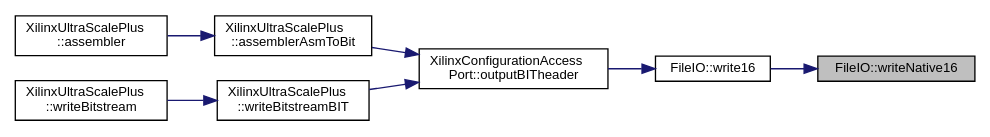
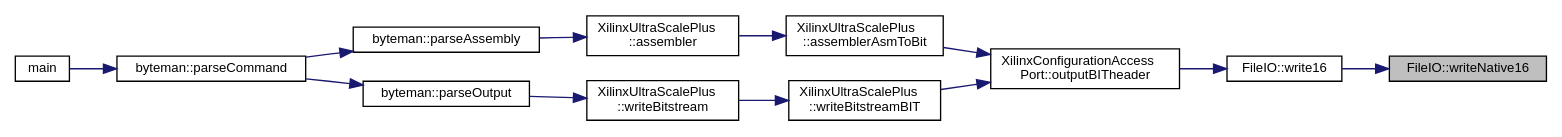
One commit to FPGA-Research-Manchester/byteman changed the diagram in namespaceFileIO_ad8e75b6c4bdcf4df31b0bf5513f0a42b_icgraph.dot. Above: the diagram before and after it, drawn with Graphviz. The commit also changed 713 other files, not shown here.

```diff
--- a/namespaceFileIO_ad8e75b6c4bdcf4df31b0bf5513f0a42b_icgraph.dot
+++ b/namespaceFileIO_ad8e75b6c4bdcf4df31b0bf5513f0a42b_icgraph.dot
@@ -1,21 +1,30 @@
 digraph "FileIO::writeNative16"
 {
  // INTERACTIVE_SVG=YES
  // LATEX_PDF_SIZE
   edge [fontname="Helvetica",fontsize="10",labelfontname="Helvetica",labelfontsize="10"];
   node [fontname="Helvetica",fontsize="10",shape=record];
   rankdir="RL";
   Node1 [label="FileIO::writeNative16",height=0.2,width=0.4,color="black", fillcolor="grey75", style="filled", fontcolor="black",tooltip=" "];
   Node1 -> Node2 [dir="back",color="midnightblue",fontsize="10",style="solid",fontname="Helvetica"];
   Node2 [label="FileIO::write16",height=0.2,width=0.4,color="black", fillcolor="white", style="filled",URL="$namespaceFileIO.html#af1f2fd16a042a61fb659f8b4ffa33055",tooltip=" "];
   Node2 -> Node3 [dir="back",color="midnightblue",fontsize="10",style="solid",fontname="Helvetica"];
   Node3 [label="XilinxConfigurationAccess\lPort::outputBITheader",height=0.2,width=0.4,color="black", fillcolor="white", style="filled",URL="$classXilinxConfigurationAccessPort.html#a80c8f1b9404adad15c0eb26612e0f028",tooltip=" "];
   Node3 -> Node4 [dir="back",color="midnightblue",fontsize="10",style="solid",fontname="Helvetica"];
   Node4 [label="XilinxUltraScalePlus\l::assemblerAsmToBit",height=0.2,width=0.4,color="black", fillcolor="white", style="filled",URL="$classXilinxUltraScalePlus.html#a058802c627c4177c6fd88ca079551207",tooltip=" "];
   Node4 -> Node5 [dir="back",color="midnightblue",fontsize="10",style="solid",fontname="Helvetica"];
   Node5 [label="XilinxUltraScalePlus\l::assembler",height=0.2,width=0.4,color="black", fillcolor="white", style="filled",URL="$classXilinxUltraScalePlus.html#a53e5f6ec962f1f2a961f90b8b9e90e10",tooltip=" "];
-  Node3 -> Node6 [dir="back",color="midnightblue",fontsize="10",style="solid",fontname="Helvetica"];
-  Node6 [label="XilinxUltraScalePlus\l::writeBitstreamBIT",height=0.2,width=0.4,color="black", fillcolor="white", style="filled",URL="$classXilinxUltraScalePlus.html#aafc764306446548f9127f3e30759af49",tooltip=" "];
+  Node5 -> Node6 [dir="back",color="midnightblue",fontsize="10",style="solid",fontname="Helvetica"];
+  Node6 [label="byteman::parseAssembly",height=0.2,width=0.4,color="black", fillcolor="white", style="filled",URL="$classbyteman.html#a5e7f2e31d95626075a6ce22b54ecbbf8",tooltip=" "];
   Node6 -> Node7 [dir="back",color="midnightblue",fontsize="10",style="solid",fontname="Helvetica"];
-  Node7 [label="XilinxUltraScalePlus\l::writeBitstream",height=0.2,width=0.4,color="black", fillcolor="white", style="filled",URL="$classXilinxUltraScalePlus.html#a7f2a7c34766d004adc6f1cfe1bdd62e7",tooltip=" "];
+  Node7 [label="byteman::parseCommand",height=0.2,width=0.4,color="black", fillcolor="white", style="filled",URL="$classbyteman.html#a97ad2d6b20a10ddb0dd8d373159eea4e",tooltip=" "];
+  Node7 -> Node8 [dir="back",color="midnightblue",fontsize="10",style="solid",fontname="Helvetica"];
+  Node8 [label="main",height=0.2,width=0.4,color="black", fillcolor="white", style="filled",URL="$byteman_8cpp.html#a0ddf1224851353fc92bfbff6f499fa97",tooltip=" "];
+  Node3 -> Node9 [dir="back",color="midnightblue",fontsize="10",style="solid",fontname="Helvetica"];
+  Node9 [label="XilinxUltraScalePlus\l::writeBitstreamBIT",height=0.2,width=0.4,color="black", fillcolor="white", style="filled",URL="$classXilinxUltraScalePlus.html#aafc764306446548f9127f3e30759af49",tooltip=" "];
+  Node9 -> Node10 [dir="back",color="midnightblue",fontsize="10",style="solid",fontname="Helvetica"];
+  Node10 [label="XilinxUltraScalePlus\l::writeBitstream",height=0.2,width=0.4,color="black", fillcolor="white", style="filled",URL="$classXilinxUltraScalePlus.html#a7f2a7c34766d004adc6f1cfe1bdd62e7",tooltip=" "];
+  Node10 -> Node11 [dir="back",color="midnightblue",fontsize="10",style="solid",fontname="Helvetica"];
+  Node11 [label="byteman::parseOutput",height=0.2,width=0.4,color="black", fillcolor="white", style="filled",URL="$classbyteman.html#a2ff1e5c9e9b542e9f74768b296ace32f",tooltip=" "];
+  Node11 -> Node7 [dir="back",color="midnightblue",fontsize="10",style="solid",fontname="Helvetica"];
 }
```
